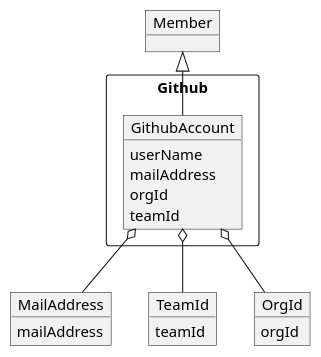
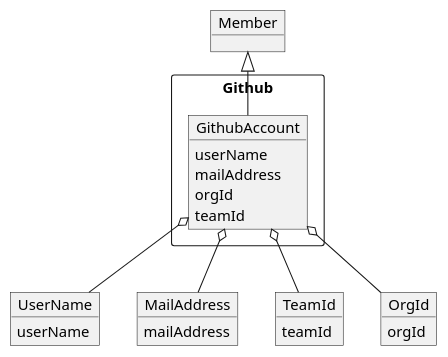
Before and after one commit to dskst/github-manager: the diagram in doc/model.pu, drawn with PlantUML.

Commit message:
Make value object for model

```diff
--- a/doc/model.pu
+++ b/doc/model.pu
@@ -1,29 +1,33 @@
 @startuml object
 
 object Member {
 }
 
 rectangle Github {
     object GithubAccount {
         userName
         mailAddress
         orgId
         teamId
     }
 }
 
+object UserName
+UserName : userName
+
 object MailAddress 
 MailAddress : mailAddress
 
 object TeamId
 TeamId : teamId
 
 object OrgId
 OrgId : orgId
 
 Member <|-- GithubAccount
+GithubAccount o-- UserName
 GithubAccount o-- MailAddress
 GithubAccount o-- TeamId
 GithubAccount o-- OrgId
 
 @enduml
```
